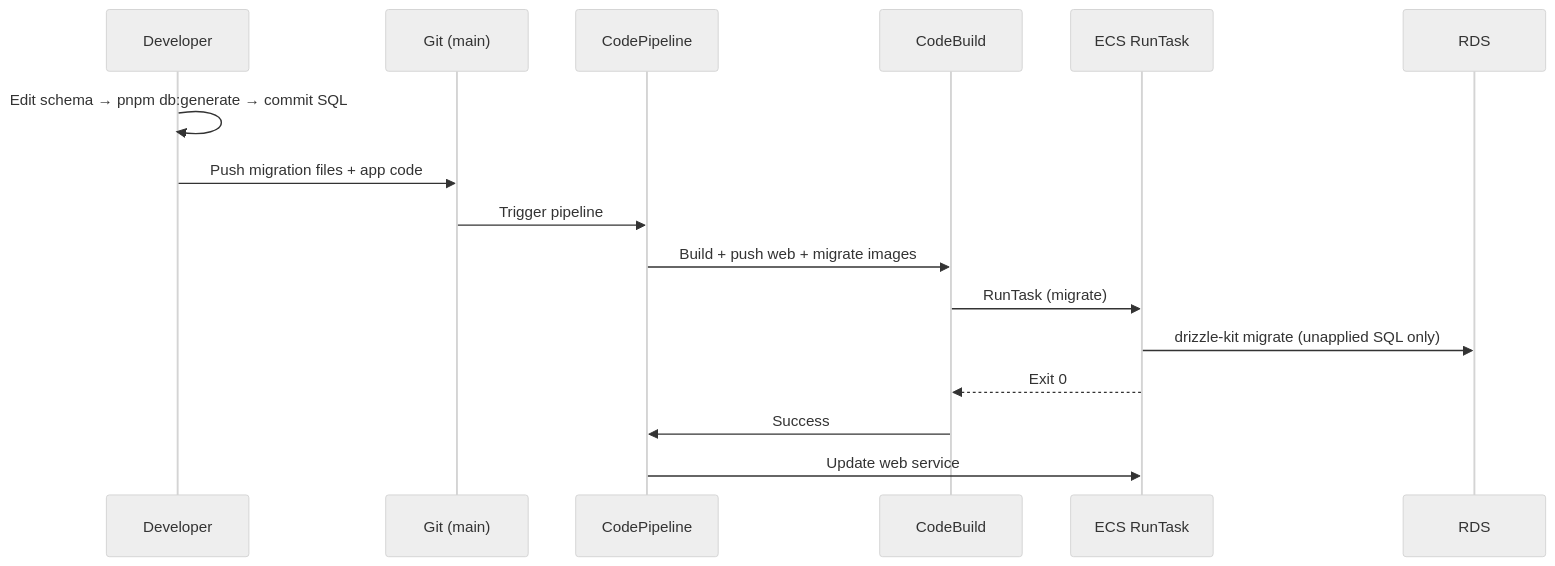
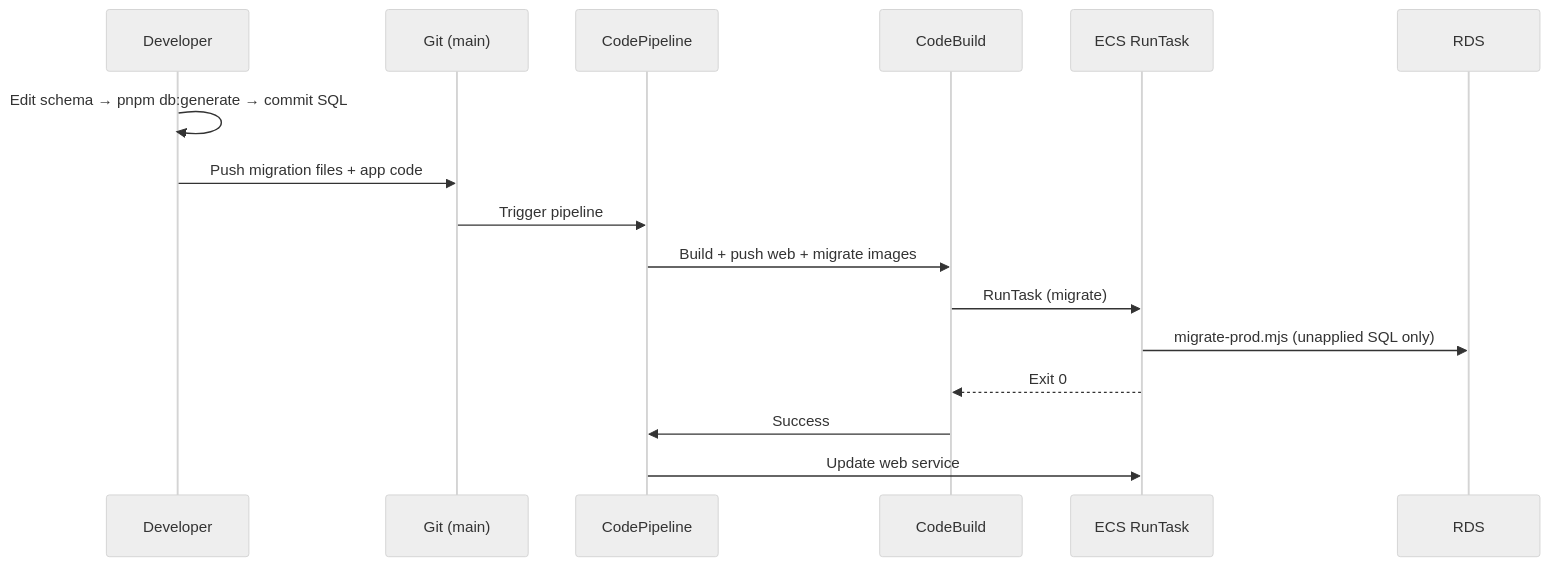
The third of 3 diagrams in .docs/aws-deployment-plan.md (Experenta/harvverse-mono), drawn with Mermaid (neutral theme) before and after one commit. The commit also changed other lines of this file and 2 other files, not shown here.

````diff
--- a/.docs/aws-deployment-plan.md
+++ b/.docs/aws-deployment-plan.md
@@ -896,19 +905,19 @@
 ```mermaid
 sequenceDiagram
   participant Dev as Developer
   participant Git as Git (main)
   participant PL as CodePipeline
   participant CB as CodeBuild
   participant ECS as ECS RunTask
   participant RDS as RDS
 
   Dev->>Dev: Edit schema → pnpm db:generate → commit SQL
   Dev->>Git: Push migration files + app code
   Git->>PL: Trigger pipeline
   PL->>CB: Build + push web + migrate images
   CB->>ECS: RunTask (migrate)
-  ECS->>RDS: drizzle-kit migrate (unapplied SQL only)
+  ECS->>RDS: migrate-prod.mjs (unapplied SQL only)
   ECS-->>CB: Exit 0
   CB->>PL: Success
   PL->>ECS: Update web service
 ```
````
